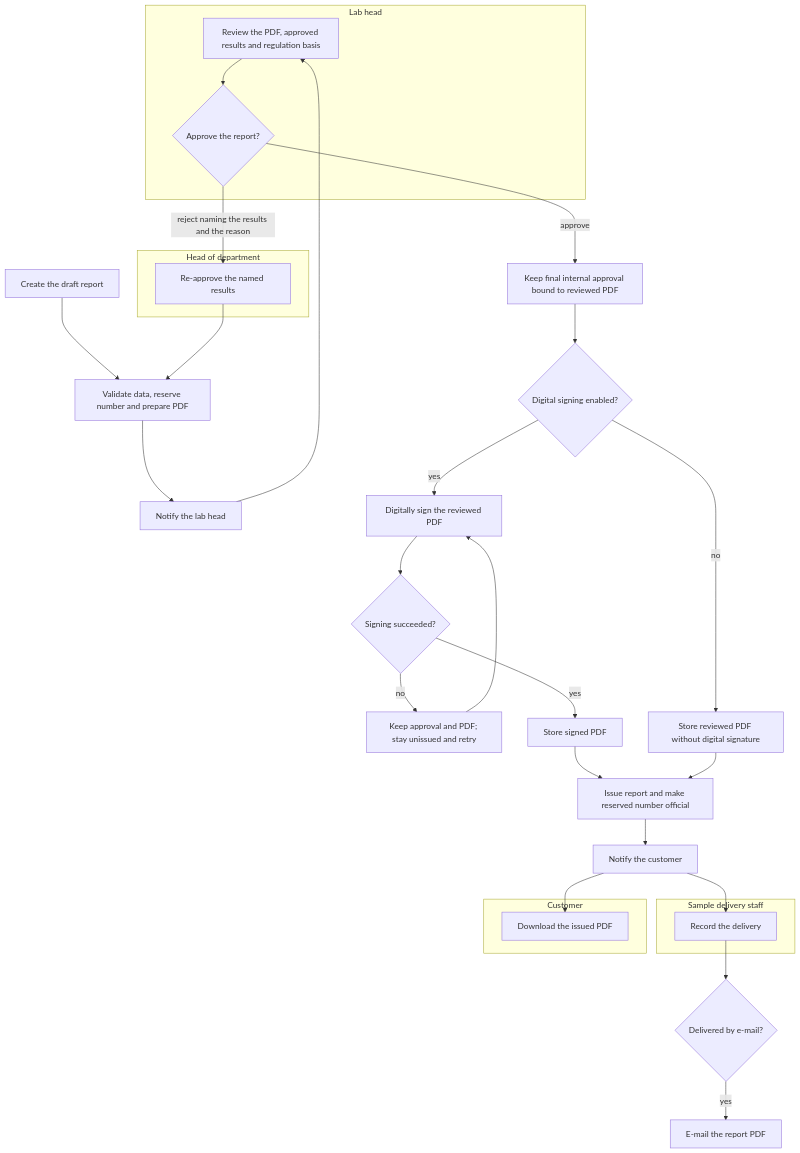
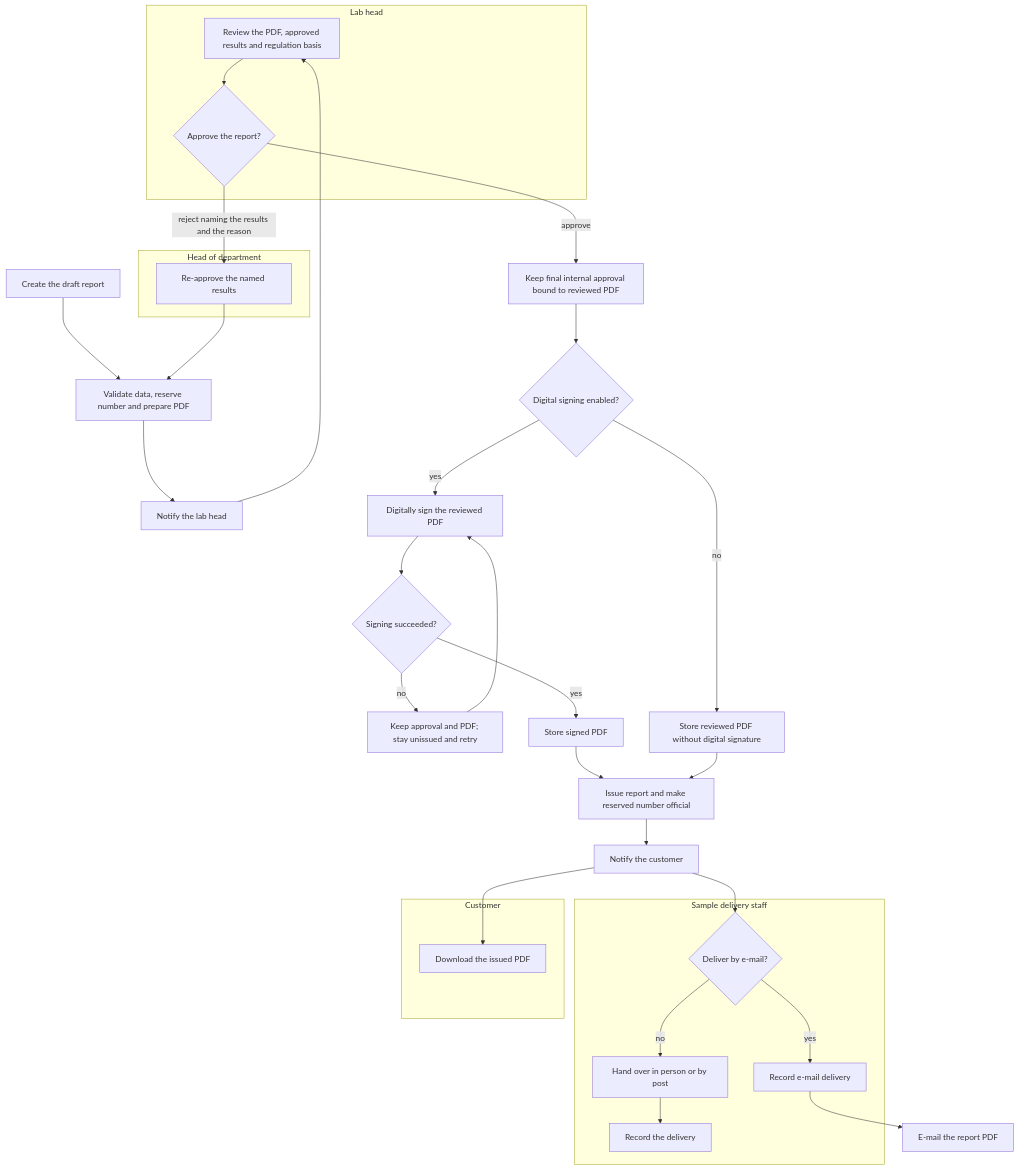
One commit to SoltuneMontepre/medilab changed the sixth of 17 diagrams in docs/functional/business-flows.md. Above: the diagram before and after it, drawn with Mermaid. The commit also changed 5 other files, not shown here.

Commit message:
[docs] Show staff handing a report over in person or by post before recording its delivery

````diff
--- a/docs/functional/business-flows.md
+++ b/docs/functional/business-flows.md
@@ -310,31 +310,33 @@
 ```mermaid
 flowchart TD
     subgraph lane15 ["Lab head"]
         l1[Review the PDF, approved results and regulation basis] --> l2{Approve the report?}
     end
     subgraph lane16 ["Head of department"]
         h1[Re-approve the named results]
     end
     subgraph lane17 ["Sample delivery staff"]
-        d2[Record the delivery]
+        d0{Deliver by e-mail?}
+        d1[Record e-mail delivery]
+        d3[Hand over in person or by post] --> d2[Record the delivery]
     end
     subgraph lane18 ["Customer"]
         c2[Download the issued PDF]
     end
     draft[Create the draft report] --> prepare[Validate data, reserve number and prepare PDF] --> notifyLab[Notify the lab head] --> l1
     l2 -->|reject naming the results and the reason| h1 --> prepare
     l2 -->|approve| approved[Keep final internal approval bound to reviewed PDF]
     approved --> enabled{Digital signing enabled?}
     enabled -->|yes| digital[Digitally sign the reviewed PDF]
     digital --> success{Signing succeeded?}
     success -->|no| retry[Keep approval and PDF; stay unissued and retry] --> digital
     success -->|yes| stored[Store signed PDF]
     enabled -->|no| plain[Store reviewed PDF without digital signature]
     stored --> issued[Issue report and make reserved number official]
     plain --> issued
     issued --> notifyCustomer[Notify the customer]
     notifyCustomer --> c2
-    notifyCustomer --> d2
-    d2 --> email{Delivered by e-mail?}
-    email -->|yes| send[E-mail the report PDF]
+    notifyCustomer --> d0
+    d0 -->|yes| d1 --> send[E-mail the report PDF]
+    d0 -->|no| d3
 ```
````
